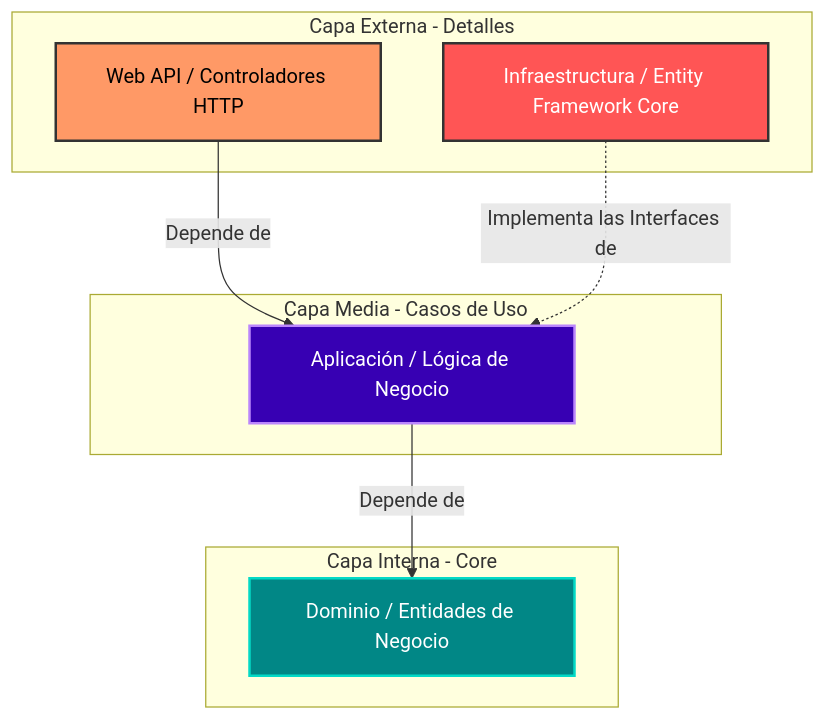
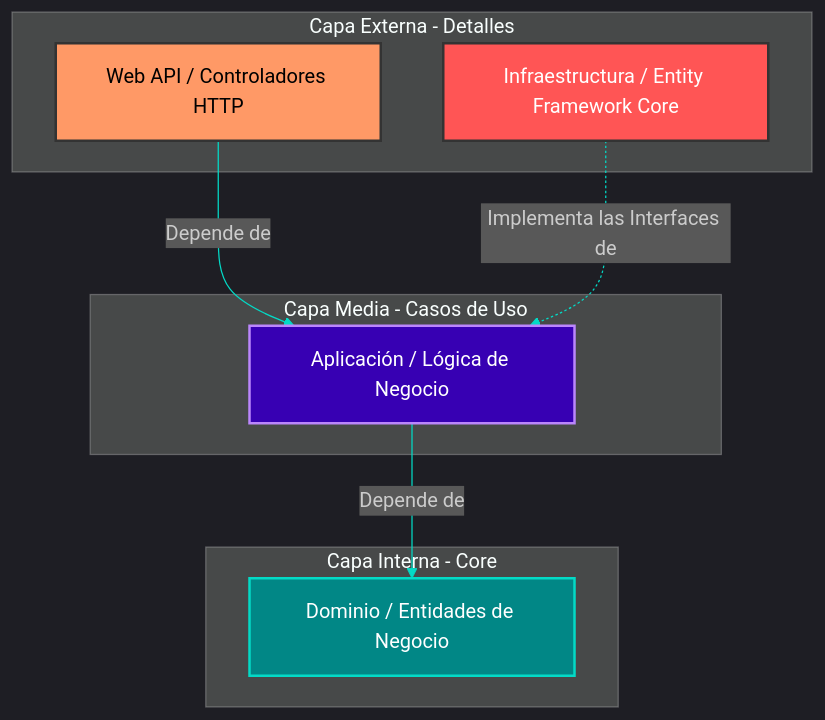
Before and after one commit to ConsSorto/ConsSorto.github.io: the diagram in is-912/fase-1/3.md, drawn with Mermaid. The commit also changed 1 other file, not shown here.

Commit message:
fix: agregar init de tema oscuro a diagramas de flujo en clase 2 y 3

````diff
--- a/is-912/fase-1/3.md
+++ b/is-912/fase-1/3.md
@@ -21,24 +21,25 @@
 ```mermaid
+%%{init: {'theme': 'dark', 'themeVariables': { 'lineColor': '#03DAC6', 'primaryColor': '#018786', 'nodeBorder': '#03DAC6' }}}%%
 graph TD
     subgraph Capa Externa - Detalles
         API[Web API / Controladores HTTP]
         INFRA[Infraestructura / Entity Framework Core]
     end
     
     subgraph Capa Media - Casos de Uso
         APP[Aplicación / Lógica de Negocio]
     end
     
     subgraph Capa Interna - Core
         DOM[Dominio / Entidades de Negocio]
     end
 
     API -->|Depende de| APP
     INFRA -.->|Implementa las Interfaces de| APP
     APP -->|Depende de| DOM
 
     style DOM fill:#018786,stroke:#03DAC6,stroke-width:2px,color:#fff
     style APP fill:#3700B3,stroke:#BB86FC,stroke-width:2px,color:#fff
     style API fill:#f96,stroke:#333,stroke-width:2px,color:#000
     style INFRA fill:#f55,stroke:#333,stroke-width:2px,color:#fff
 ```
````
